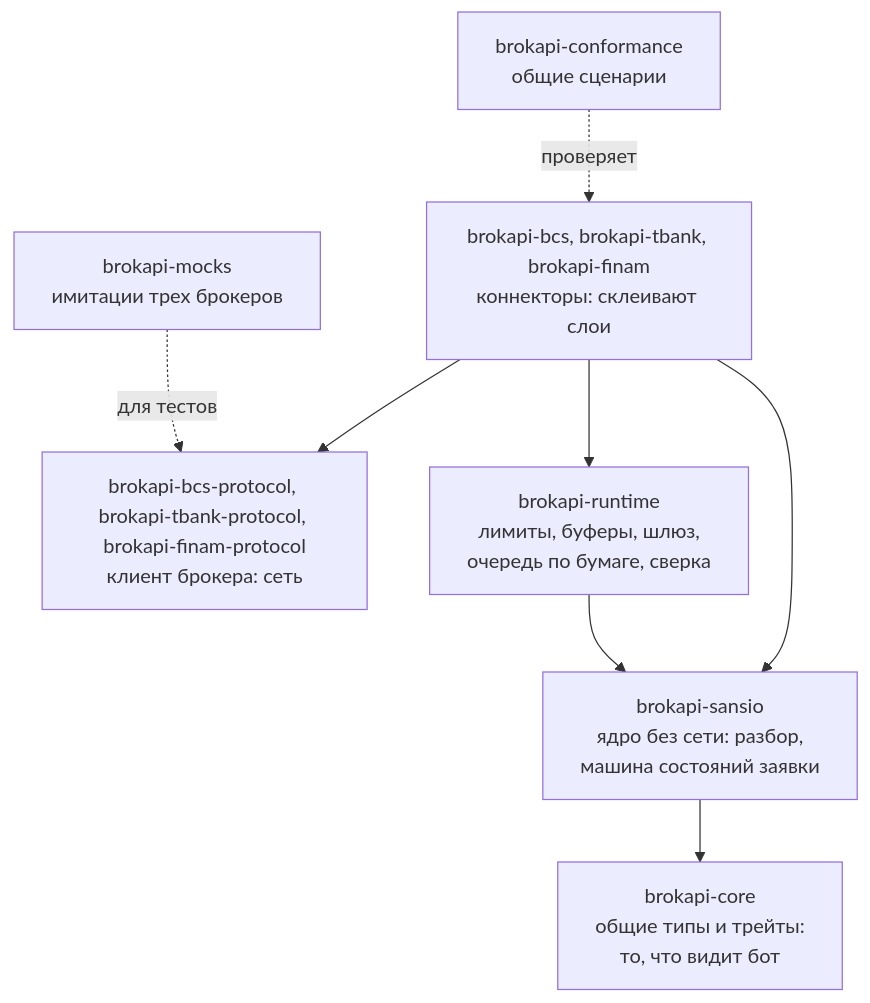
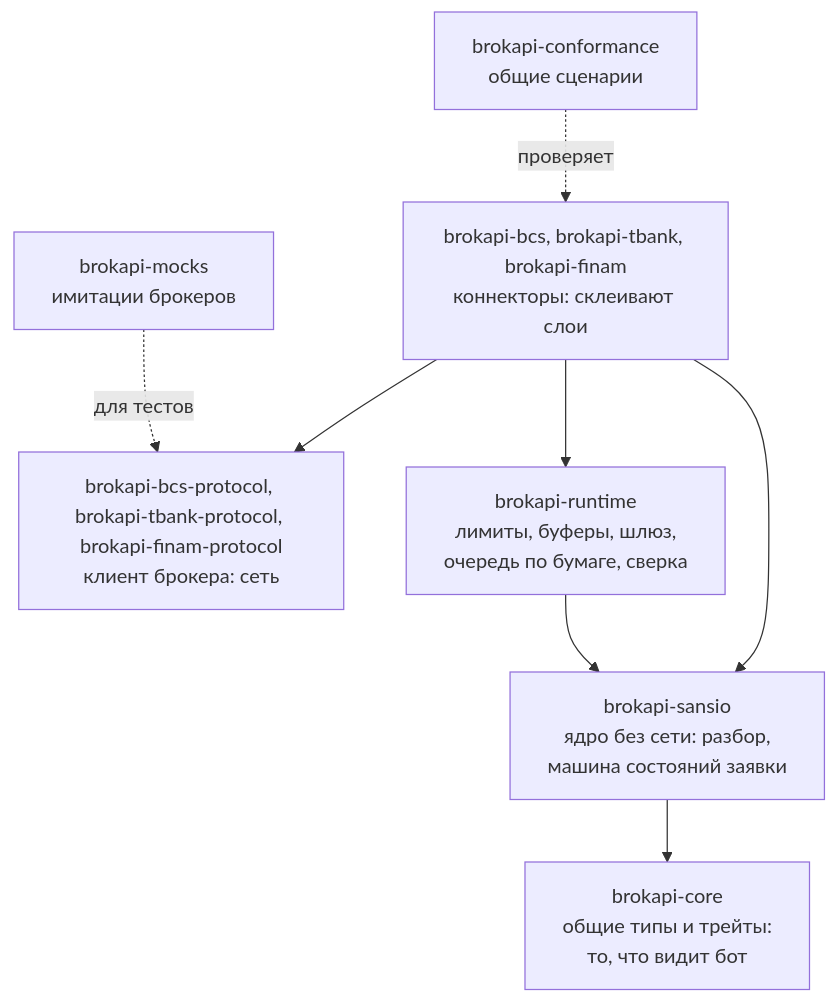
Before and after one commit to runinfra/brokapi: the second of 5 diagrams in docs/src/architecture.md, drawn with Mermaid. The commit also changed 16 other files, not shown here.

````diff
--- a/docs/src/architecture.md
+++ b/docs/src/architecture.md
@@ -66,12 +66,12 @@
 ```mermaid
 flowchart TB
   CONN[brokapi-bcs, brokapi-tbank, brokapi-finam<br>коннекторы: склеивают слои]
   PROTO[brokapi-bcs-protocol, brokapi-tbank-protocol, brokapi-finam-protocol<br>клиент брокера: сеть]
   RT[brokapi-runtime<br>лимиты, буферы, шлюз,<br>очередь по бумаге, сверка]
   SANS[brokapi-sansio<br>ядро без сети: разбор,<br>машина состояний заявки]
   CORE[brokapi-core<br>общие типы и трейты:<br>то, что видит бот]
   CONN --> PROTO & RT & SANS
   RT --> SANS --> CORE
-  MOCK[brokapi-mocks<br>имитации трех брокеров] -. для тестов .-> PROTO
+  MOCK[brokapi-mocks<br>имитации брокеров] -. для тестов .-> PROTO
   CONF[brokapi-conformance<br>общие сценарии] -. проверяет .-> CONN
 ```
````
